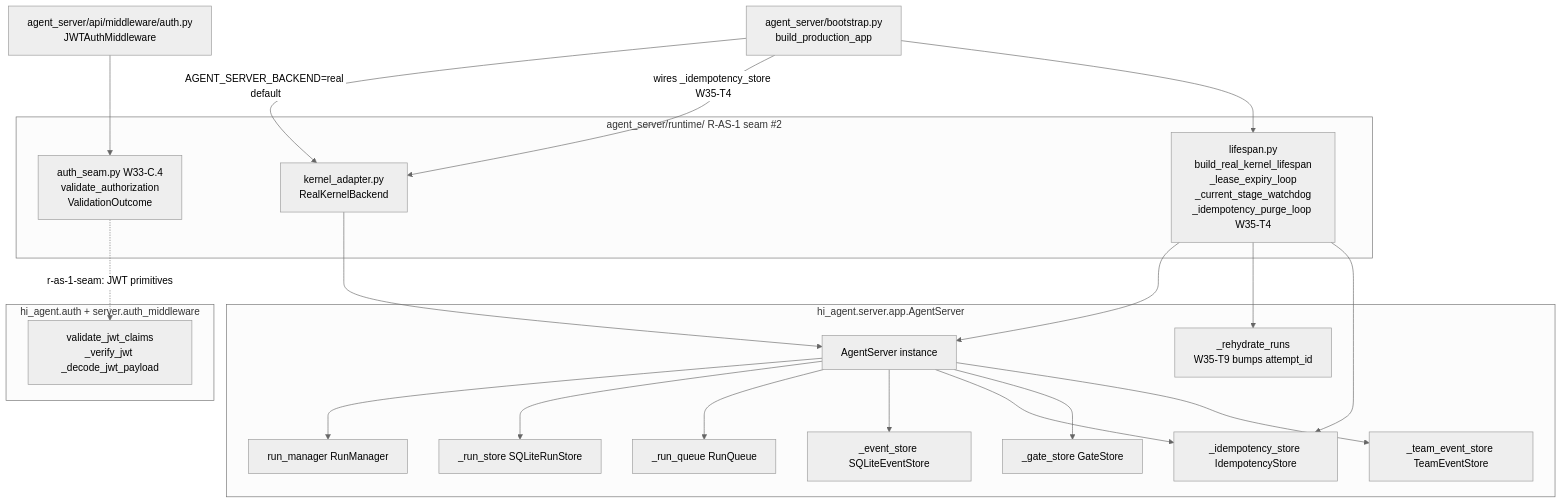
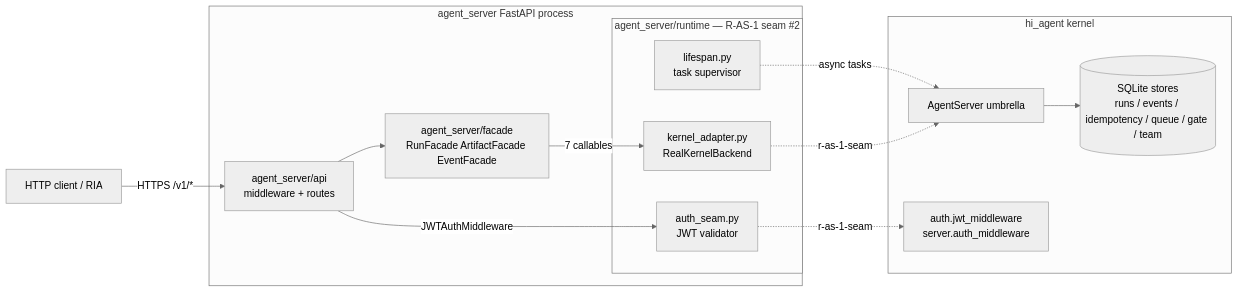
The first of 5 diagrams in agent_server/runtime/ARCHITECTURE.md (chaosxingxc-orion/hi-agent), drawn with Mermaid (neutral theme) before and after one commit. The commit also changed other lines of this file and 25 other files, not shown here.

First line of the commit message:
[W35-corrective] Refresh ARCHITECTURE.md hierarchy + add missing READMEs

````diff
--- a/agent_server/runtime/ARCHITECTURE.md
+++ b/agent_server/runtime/ARCHITECTURE.md
@@ -67,44 +54,27 @@
 ```mermaid
-graph TD
-    subgraph runtime[agent_server/runtime/ R-AS-1 seam #2]
-        ADAPTER[kernel_adapter.py<br/>RealKernelBackend]
-        LIFESPAN[lifespan.py<br/>build_real_kernel_lifespan<br/>_lease_expiry_loop<br/>_current_stage_watchdog<br/>_idempotency_purge_loop W35-T4]
-        AUTH[auth_seam.py W33-C.4<br/>validate_authorization<br/>ValidationOutcome]
+flowchart LR
+    Client[HTTP client / RIA]
+    subgraph FacadeProcess[agent_server FastAPI process]
+        API[agent_server/api<br/>middleware + routes]
+        FACADE[agent_server/facade<br/>RunFacade ArtifactFacade EventFacade]
+        subgraph RUNTIME[agent_server/runtime — R-AS-1 seam #2]
+            ADAPTER[kernel_adapter.py<br/>RealKernelBackend]
+            LIFESPAN[lifespan.py<br/>task supervisor]
+            AUTH[auth_seam.py<br/>JWT validator]
+        end
+    end
+    subgraph KERNEL[hi_agent kernel]
+        AS[AgentServer umbrella]
+        STORES[(SQLite stores<br/>runs / events / idempotency / queue / gate / team)]
+        AUTHPRIM[auth.jwt_middleware<br/>server.auth_middleware]
     end
 
-    subgraph hi_agent_umbrella[hi_agent.server.app.AgentServer]
-        AS[AgentServer instance]
-        RM[run_manager RunManager]
-        RS[_run_store SQLiteRunStore]
-        RQ[_run_queue RunQueue]
-        ES[_event_store SQLiteEventStore]
-        IS[_idempotency_store IdempotencyStore]
-        GS[_gate_store GateStore]
-        TS[_team_event_store TeamEventStore]
-        REHYDRATE[_rehydrate_runs<br/>W35-T9 bumps attempt_id]
-    end
-
-    subgraph hi_agent_auth[hi_agent.auth + server.auth_middleware]
-        JWTPRIM[validate_jwt_claims<br/>_verify_jwt _decode_jwt_payload]
-    end
-
-    BOOTSTRAP[agent_server/bootstrap.py<br/>build_production_app]
-    APIMW[agent_server/api/middleware/auth.py<br/>JWTAuthMiddleware]
-
-    BOOTSTRAP -->|AGENT_SERVER_BACKEND=real default| ADAPTER
-    BOOTSTRAP -->|wires _idempotency_store W35-T4| ADAPTER
-    BOOTSTRAP --> LIFESPAN
-    LIFESPAN --> AS
-    ADAPTER --> AS
-    AS --> RM
-    AS --> RS
-    AS --> RQ
-    AS --> ES
-    AS --> IS
-    AS --> GS
-    AS --> TS
-    LIFESPAN --> REHYDRATE
-    LIFESPAN --> IS
-    APIMW --> AUTH
-    AUTH -. r-as-1-seam: JWT primitives .-> JWTPRIM
+    Client -->|HTTPS /v1/*| API
+    API --> FACADE
+    FACADE -->|7 callables| ADAPTER
+    API -->|JWTAuthMiddleware| AUTH
+    LIFESPAN -. async tasks .-> AS
+    ADAPTER -. r-as-1-seam .-> AS
+    AS --> STORES
+    AUTH -. r-as-1-seam .-> AUTHPRIM
 ```
````
